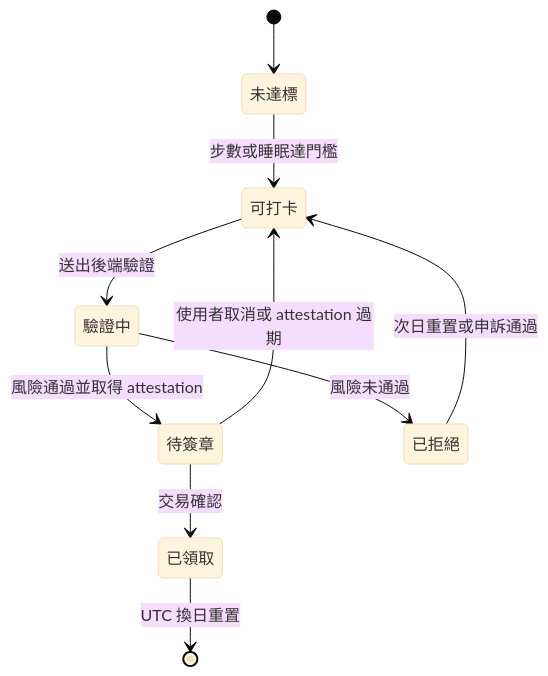
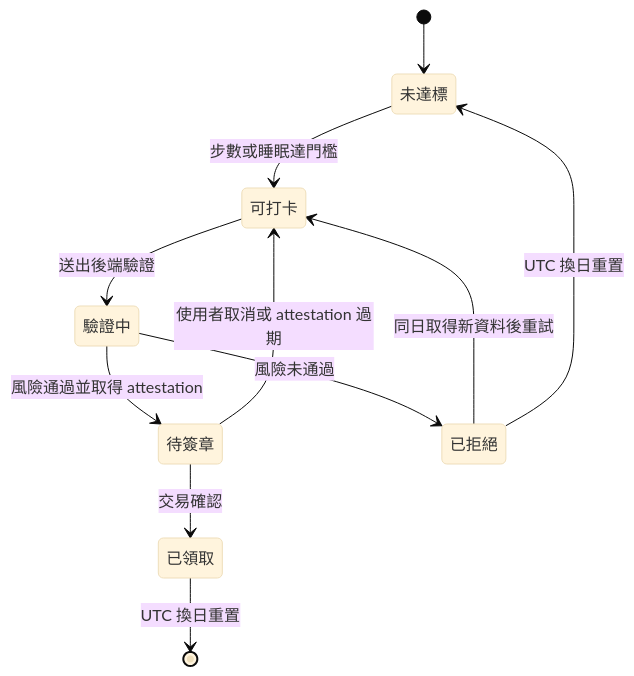
The third of 5 diagrams in docs/sa.md (stan0714/neonshift), drawn with Mermaid (base theme) before and after one commit. The commit also changed other lines of this file and 2 other files, not shown here.

````diff
--- a/docs/sa.md
+++ b/docs/sa.md
@@ -296,12 +301,13 @@
 ```mermaid
 stateDiagram-v2
     [*] --> 未達標
     未達標 --> 可打卡 : 步數或睡眠達門檻
     可打卡 --> 驗證中 : 送出後端驗證
     驗證中 --> 待簽章 : 風險通過並取得 attestation
     驗證中 --> 已拒絕 : 風險未通過
     待簽章 --> 已領取 : 交易確認
     待簽章 --> 可打卡 : 使用者取消或 attestation 過期
-    已拒絕 --> 可打卡 : 次日重置或申訴通過
+    已拒絕 --> 可打卡 : 同日取得新資料後重試
+    已拒絕 --> 未達標 : UTC 換日重置
     已領取 --> [*] : UTC 換日重置
 ```
````
